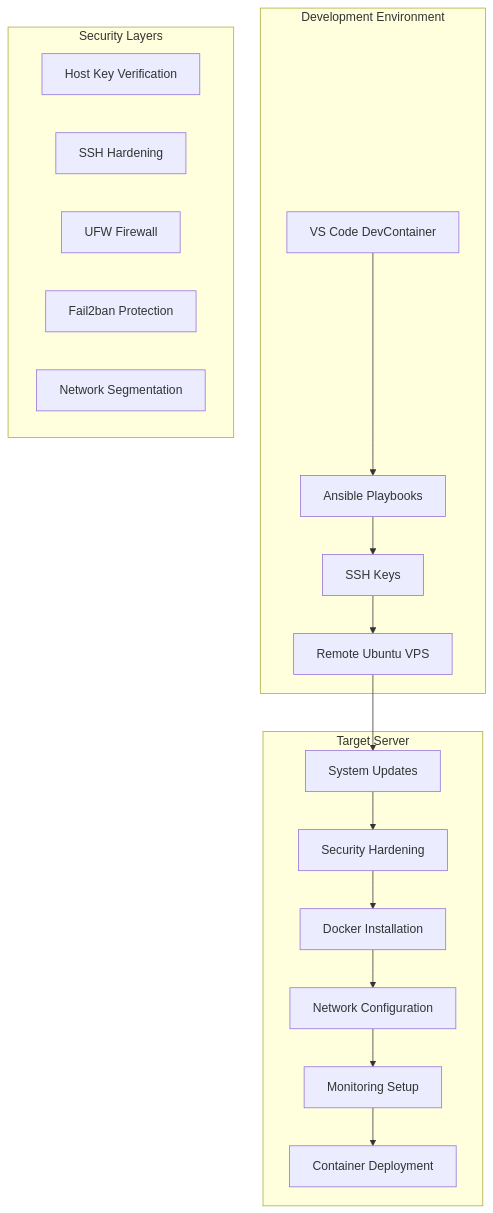
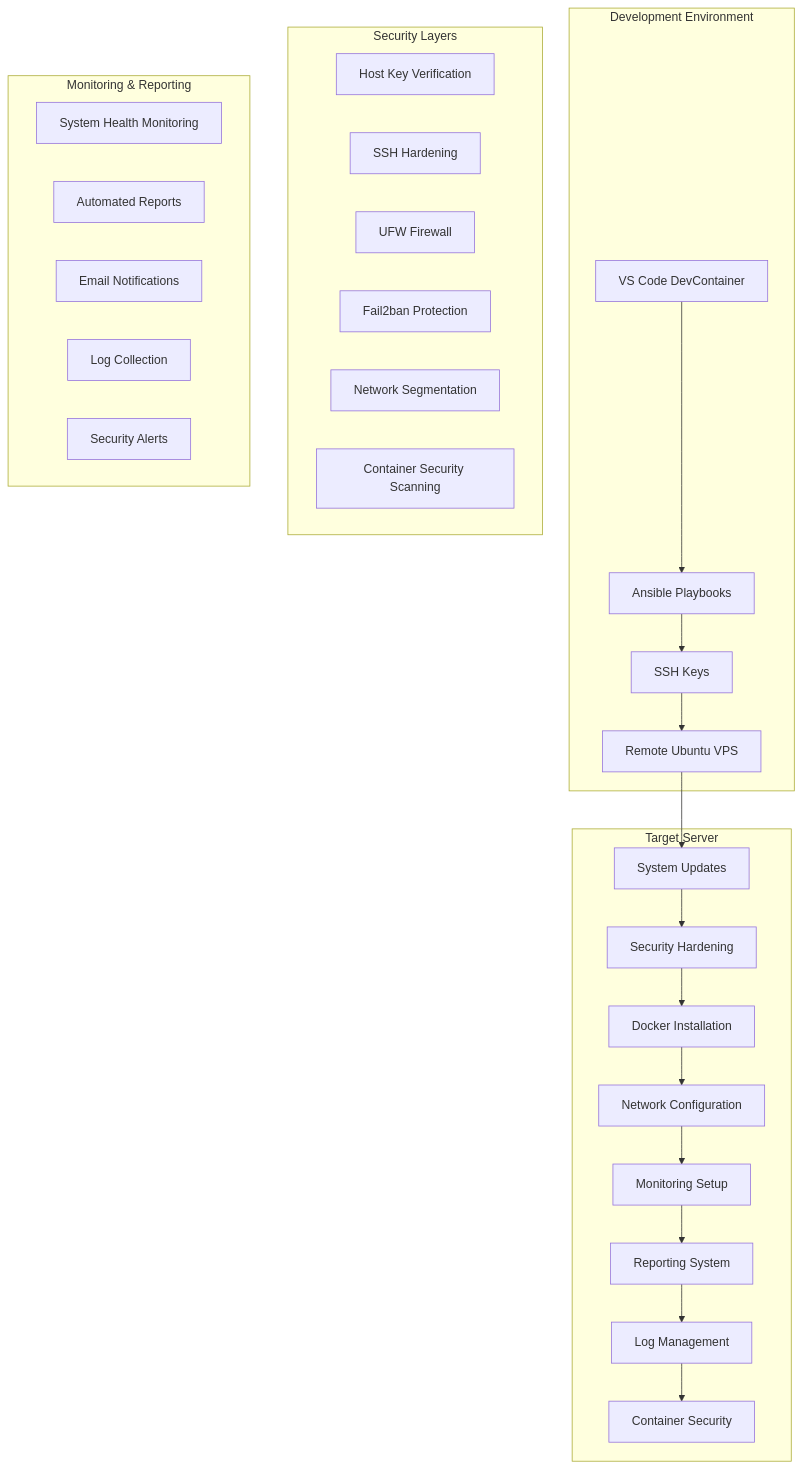
The first of 5 diagrams in documentation/ARCHITECTURE.md (eduardoshanahan/devcontainers-deploy-docker), drawn with Mermaid before and after one commit. The commit also changed other lines of this file and 9 other files, not shown here.

````diff
--- a/documentation/ARCHITECTURE.md
+++ b/documentation/ARCHITECTURE.md
@@ -9,25 +9,36 @@
 ```mermaid
 graph TB
     subgraph "Development Environment"
         A[VS Code DevContainer] --> B[Ansible Playbooks]
         B --> C[SSH Keys]
         C --> D[Remote Ubuntu VPS]
     end
     
     subgraph "Target Server"
         D --> E[System Updates]
         E --> F[Security Hardening]
         F --> G[Docker Installation]
         G --> H[Network Configuration]
         H --> I[Monitoring Setup]
-        I --> J[Container Deployment]
+        I --> J[Reporting System]
+        J --> K[Log Management]
+        K --> L[Container Security]
     end
     
     subgraph "Security Layers"
-        K[Host Key Verification]
-        L[SSH Hardening]
-        M[UFW Firewall]
-        N[Fail2ban Protection]
-        O[Network Segmentation]
+        M[Host Key Verification]
+        N[SSH Hardening]
+        O[UFW Firewall]
+        P[Fail2ban Protection]
+        Q[Network Segmentation]
+        R[Container Security Scanning]
+    end
+    
+    subgraph "Monitoring & Reporting"
+        S[System Health Monitoring]
+        T[Automated Reports]
+        U[Email Notifications]
+        V[Log Collection]
+        W[Security Alerts]
     end
 ```
````
